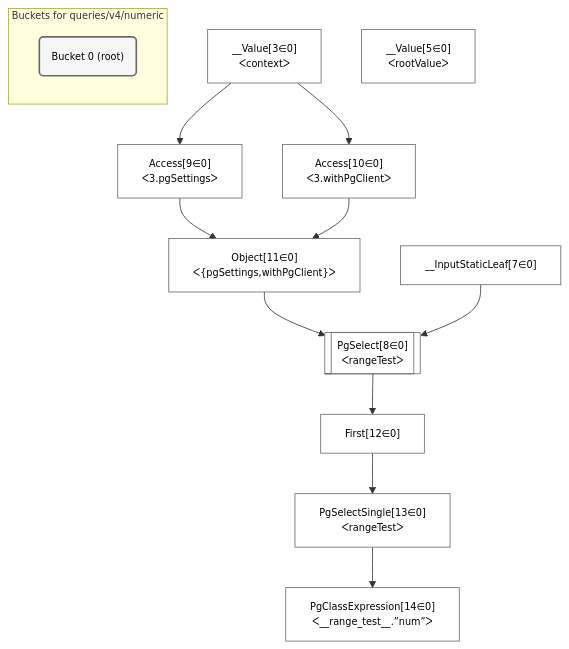
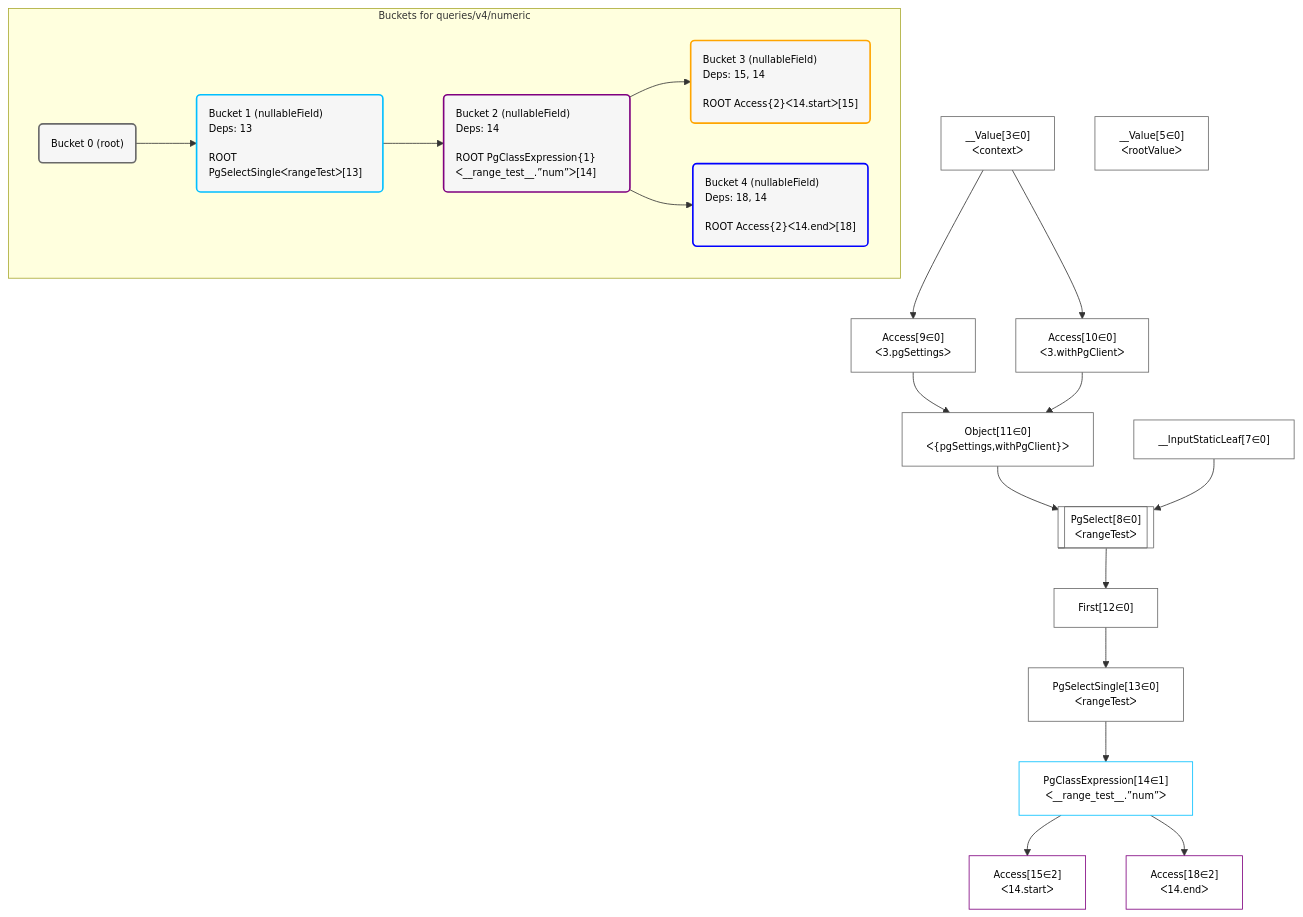
One commit to graphile/crystal changed the diagram in postgraphile/postgraphile/__tests__/queries/v4/numeric.mermaid. Above: the diagram before and after it, drawn with Mermaid. The commit also changed 96 other files, not shown here.

```diff
--- a/postgraphile/postgraphile/__tests__/queries/v4/numeric.mermaid
+++ b/postgraphile/postgraphile/__tests__/queries/v4/numeric.mermaid
@@ -1,35 +1,54 @@
 %%{init: {'themeVariables': { 'fontSize': '12px'}}}%%
 graph TD
     classDef path fill:#eee,stroke:#000,color:#000
     classDef plan fill:#fff,stroke-width:1px,color:#000
     classDef itemplan fill:#fff,stroke-width:2px,color:#000
     classDef sideeffectplan fill:#f00,stroke-width:2px,color:#000
     classDef bucket fill:#f6f6f6,color:#000,stroke-width:2px,text-align:left
 
 
     %% define steps
     __Value3["__Value[3∈0]<br />ᐸcontextᐳ"]:::plan
     __Value5["__Value[5∈0]<br />ᐸrootValueᐳ"]:::plan
     __InputStaticLeaf7["__InputStaticLeaf[7∈0]"]:::plan
     Access9["Access[9∈0]<br />ᐸ3.pgSettingsᐳ"]:::plan
     Access10["Access[10∈0]<br />ᐸ3.withPgClientᐳ"]:::plan
     Object11["Object[11∈0]<br />ᐸ{pgSettings,withPgClient}ᐳ"]:::plan
     PgSelect8[["PgSelect[8∈0]<br />ᐸrangeTestᐳ"]]:::plan
     First12["First[12∈0]"]:::plan
     PgSelectSingle13["PgSelectSingle[13∈0]<br />ᐸrangeTestᐳ"]:::plan
-    PgClassExpression14["PgClassExpression[14∈0]<br />ᐸ__range_test__.”num”ᐳ"]:::plan
+    PgClassExpression14["PgClassExpression[14∈1]<br />ᐸ__range_test__.”num”ᐳ"]:::plan
+    Access15["Access[15∈2]<br />ᐸ14.startᐳ"]:::plan
+    Access18["Access[18∈2]<br />ᐸ14.endᐳ"]:::plan
 
     %% plan dependencies
     __Value3 --> Access9
     __Value3 --> Access10
     Access9 & Access10 --> Object11
     Object11 & __InputStaticLeaf7 --> PgSelect8
     PgSelect8 --> First12
     First12 --> PgSelectSingle13
     PgSelectSingle13 --> PgClassExpression14
+    PgClassExpression14 --> Access15
+    PgClassExpression14 --> Access18
 
     subgraph "Buckets for queries/v4/numeric"
     Bucket0("Bucket 0 (root)"):::bucket
     classDef bucket0 stroke:#696969
-    class Bucket0,__Value3,__Value5,__InputStaticLeaf7,PgSelect8,Access9,Access10,Object11,First12,PgSelectSingle13,PgClassExpression14 bucket0
+    class Bucket0,__Value3,__Value5,__InputStaticLeaf7,PgSelect8,Access9,Access10,Object11,First12,PgSelectSingle13 bucket0
+    Bucket1("Bucket 1 (nullableField)<br />Deps: 13<br /><br />ROOT PgSelectSingleᐸrangeTestᐳ[13]"):::bucket
+    classDef bucket1 stroke:#00bfff
+    class Bucket1,PgClassExpression14 bucket1
+    Bucket2("Bucket 2 (nullableField)<br />Deps: 14<br /><br />ROOT PgClassExpression{1}ᐸ__range_test__.”num”ᐳ[14]"):::bucket
+    classDef bucket2 stroke:#7f007f
+    class Bucket2,Access15,Access18 bucket2
+    Bucket3("Bucket 3 (nullableField)<br />Deps: 15, 14<br /><br />ROOT Access{2}ᐸ14.startᐳ[15]"):::bucket
+    classDef bucket3 stroke:#ffa500
+    class Bucket3 bucket3
+    Bucket4("Bucket 4 (nullableField)<br />Deps: 18, 14<br /><br />ROOT Access{2}ᐸ14.endᐳ[18]"):::bucket
+    classDef bucket4 stroke:#0000ff
+    class Bucket4 bucket4
+    Bucket0 --> Bucket1
+    Bucket1 --> Bucket2
+    Bucket2 --> Bucket3 & Bucket4
     end
```
